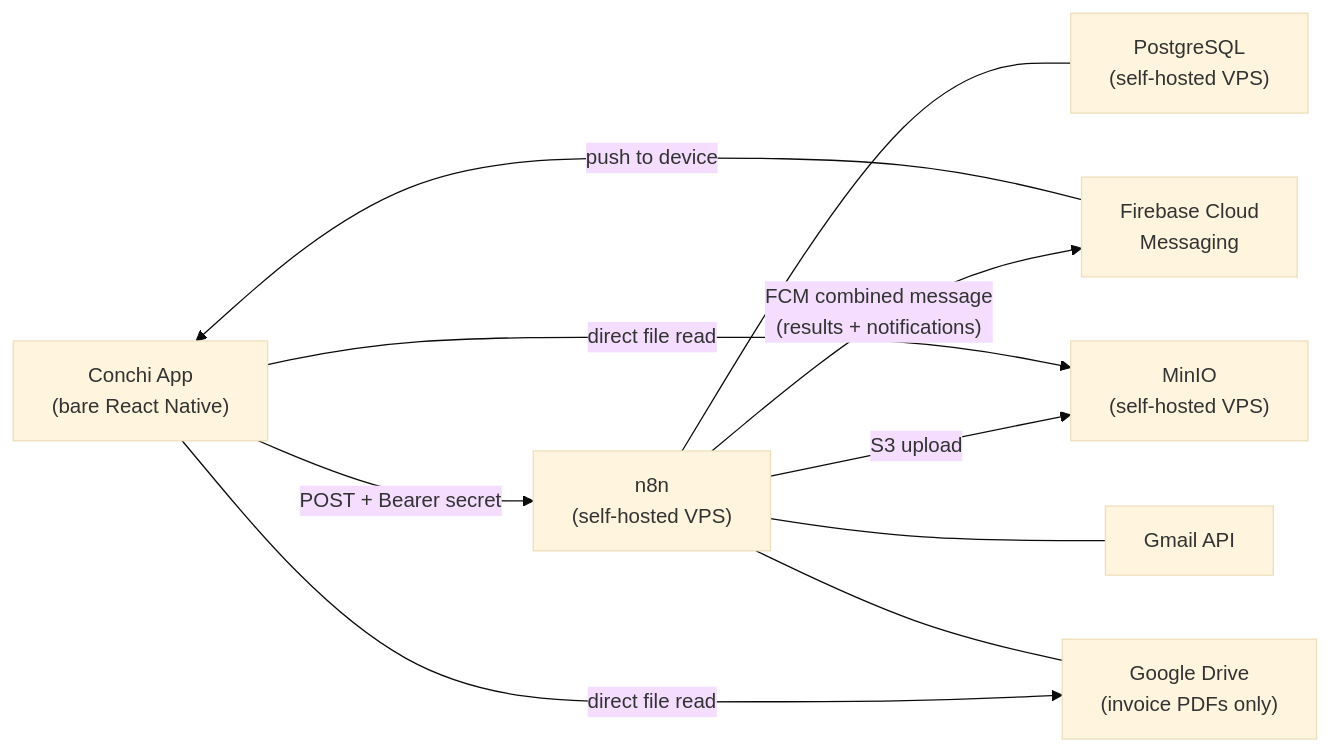
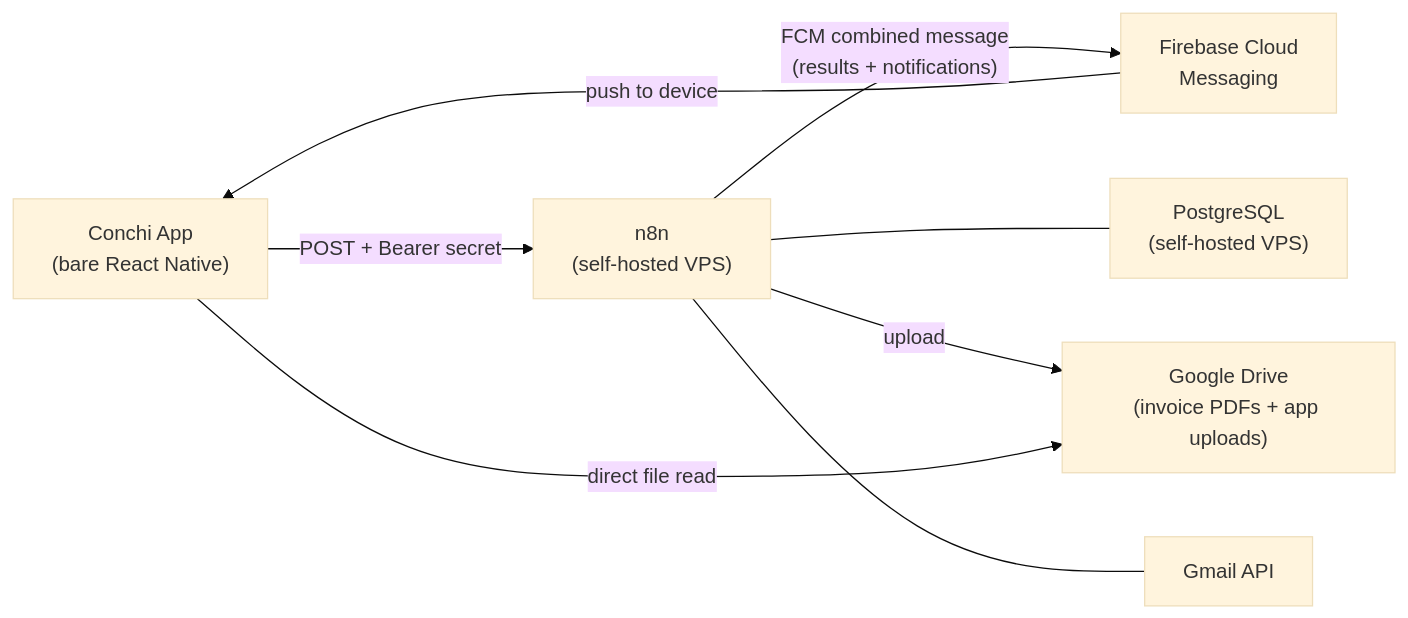
One commit to Markuson/conchi changed the second of 2 diagrams in _bmad-output/planning-artifacts/architecture/architecture-conchi-2026-08-23/ARCHITECTURE-SPINE.md. Above: the diagram before and after it, drawn with Mermaid (base theme). The commit also changed other lines of this file and 12 other files, not shown here.

````diff
--- a/_bmad-output/planning-artifacts/architecture/architecture-conchi-2026-08-23/ARCHITECTURE-SPINE.md
+++ b/_bmad-output/planning-artifacts/architecture/architecture-conchi-2026-08-23/ARCHITECTURE-SPINE.md
@@ -205,20 +207,17 @@
 ```mermaid
 graph LR
   App["Conchi App\n(bare React Native)"]
   n8n["n8n\n(self-hosted VPS)"]
   PG["PostgreSQL\n(self-hosted VPS)"]
   FCM["Firebase Cloud\nMessaging"]
-  MinIO["MinIO\n(self-hosted VPS)"]
-  GDrive["Google Drive\n(invoice PDFs only)"]
+  GDrive["Google Drive\n(invoice PDFs + app uploads)"]
   Gmail["Gmail API"]
 
   App -->|"POST + Bearer secret"| n8n
   n8n -->|"FCM combined message\n(results + notifications)"| FCM
   FCM -->|"push to device"| App
   n8n --- PG
-  n8n -->|"S3 upload"| MinIO
-  App -->|"direct file read"| MinIO
+  n8n -->|"upload"| GDrive
   App -->|"direct file read"| GDrive
-  n8n --- GDrive
   n8n --- Gmail
 ```
````
